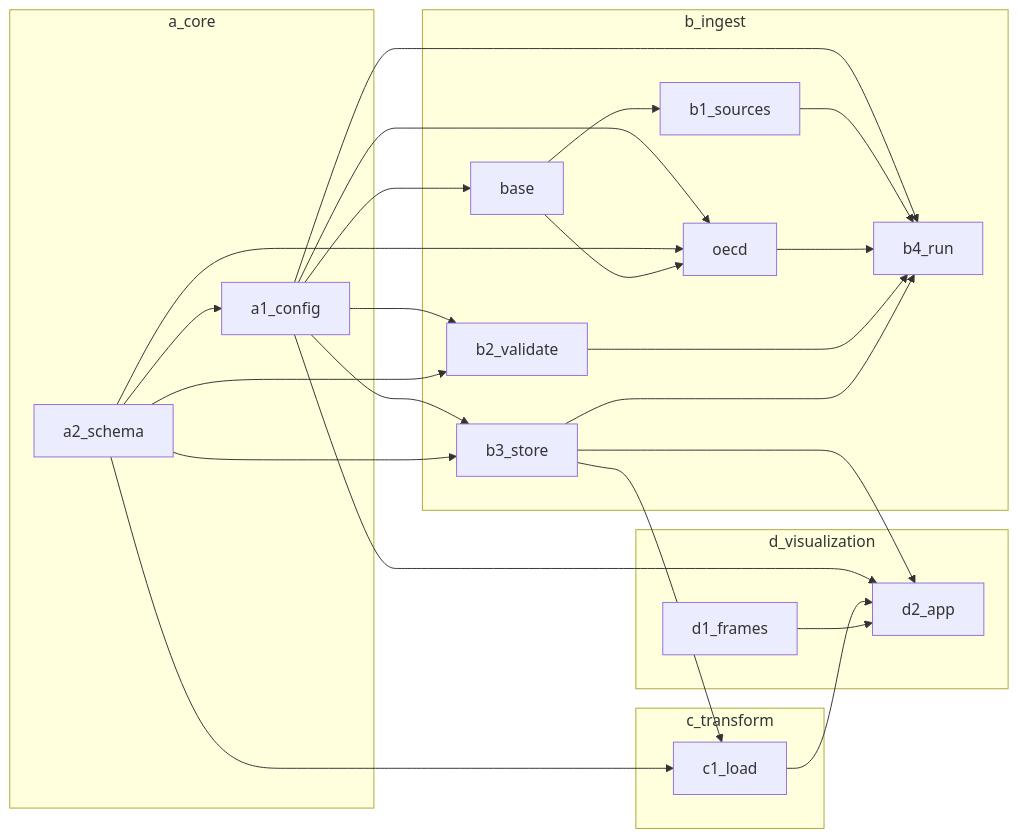
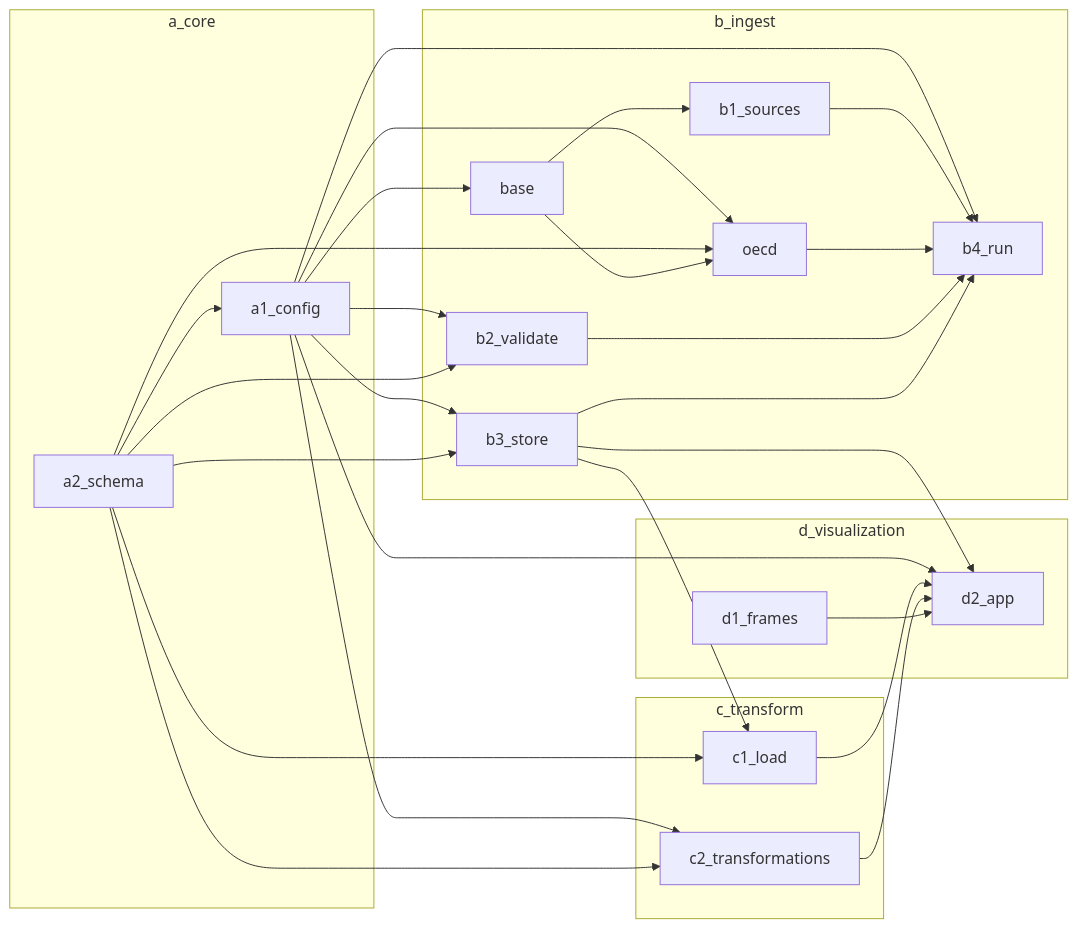
One commit to bsawyerg15/MacroScan changed the first of 13 diagrams in docs/architecture.md. Above: the diagram before and after it, drawn with Mermaid. The commit also changed other lines of this file and 14 other files, not shown here.

````diff
--- a/docs/architecture.md
+++ b/docs/architecture.md
@@ -7,54 +7,59 @@
 ```mermaid
 flowchart LR
   subgraph a_core
     a_core_a1_config["a1_config"]
     a_core_a2_schema["a2_schema"]
   end
   subgraph b_ingest
     b_ingest_b1_sources["b1_sources"]
     b_ingest_b1_sources_base["base"]
     b_ingest_b1_sources_oecd["oecd"]
     b_ingest_b2_validate["b2_validate"]
     b_ingest_b3_store["b3_store"]
     b_ingest_b4_run["b4_run"]
   end
   subgraph c_transform
     c_transform_c1_load["c1_load"]
+    c_transform_c2_transformations["c2_transformations"]
   end
   subgraph d_visualization
     d_visualization_d1_frames["d1_frames"]
     d_visualization_d2_app["d2_app"]
   end
   a_core_a2_schema --> a_core_a1_config
   b_ingest_b1_sources_base --> b_ingest_b1_sources
   a_core_a1_config --> b_ingest_b1_sources_base
   a_core_a1_config --> b_ingest_b1_sources_oecd
   a_core_a2_schema --> b_ingest_b1_sources_oecd
   b_ingest_b1_sources_base --> b_ingest_b1_sources_oecd
   a_core_a1_config --> b_ingest_b2_validate
   a_core_a2_schema --> b_ingest_b2_validate
   a_core_a1_config --> b_ingest_b3_store
   a_core_a2_schema --> b_ingest_b3_store
   a_core_a1_config --> b_ingest_b4_run
   b_ingest_b1_sources --> b_ingest_b4_run
   b_ingest_b1_sources_oecd --> b_ingest_b4_run
   b_ingest_b2_validate --> b_ingest_b4_run
   b_ingest_b3_store --> b_ingest_b4_run
   a_core_a2_schema --> c_transform_c1_load
   b_ingest_b3_store --> c_transform_c1_load
+  a_core_a1_config --> c_transform_c2_transformations
+  a_core_a2_schema --> c_transform_c2_transformations
   a_core_a1_config --> d_visualization_d2_app
   b_ingest_b3_store --> d_visualization_d2_app
   c_transform_c1_load --> d_visualization_d2_app
+  c_transform_c2_transformations --> d_visualization_d2_app
   d_visualization_d1_frames --> d_visualization_d2_app
   click a_core_a1_config href "#mod-a_core-a1_config"
   click a_core_a2_schema href "#mod-a_core-a2_schema"
   click b_ingest_b1_sources href "#mod-b_ingest-b1_sources"
   click b_ingest_b1_sources_base href "#mod-b_ingest-b1_sources-base"
   click b_ingest_b1_sources_oecd href "#mod-b_ingest-b1_sources-oecd"
   click b_ingest_b2_validate href "#mod-b_ingest-b2_validate"
   click b_ingest_b3_store href "#mod-b_ingest-b3_store"
   click b_ingest_b4_run href "#mod-b_ingest-b4_run"
   click c_transform_c1_load href "#mod-c_transform-c1_load"
+  click c_transform_c2_transformations href "#mod-c_transform-c2_transformations"
   click d_visualization_d1_frames href "#mod-d_visualization-d1_frames"
   click d_visualization_d2_app href "#mod-d_visualization-d2_app"
 ```
````
